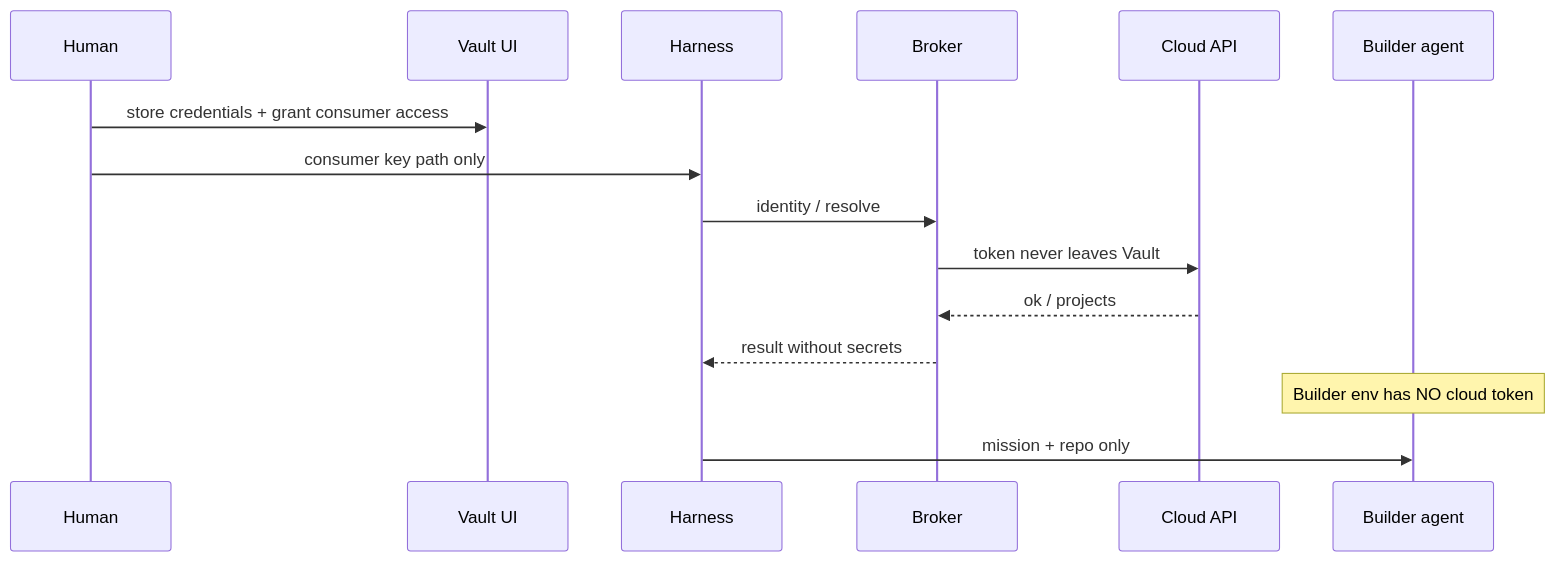
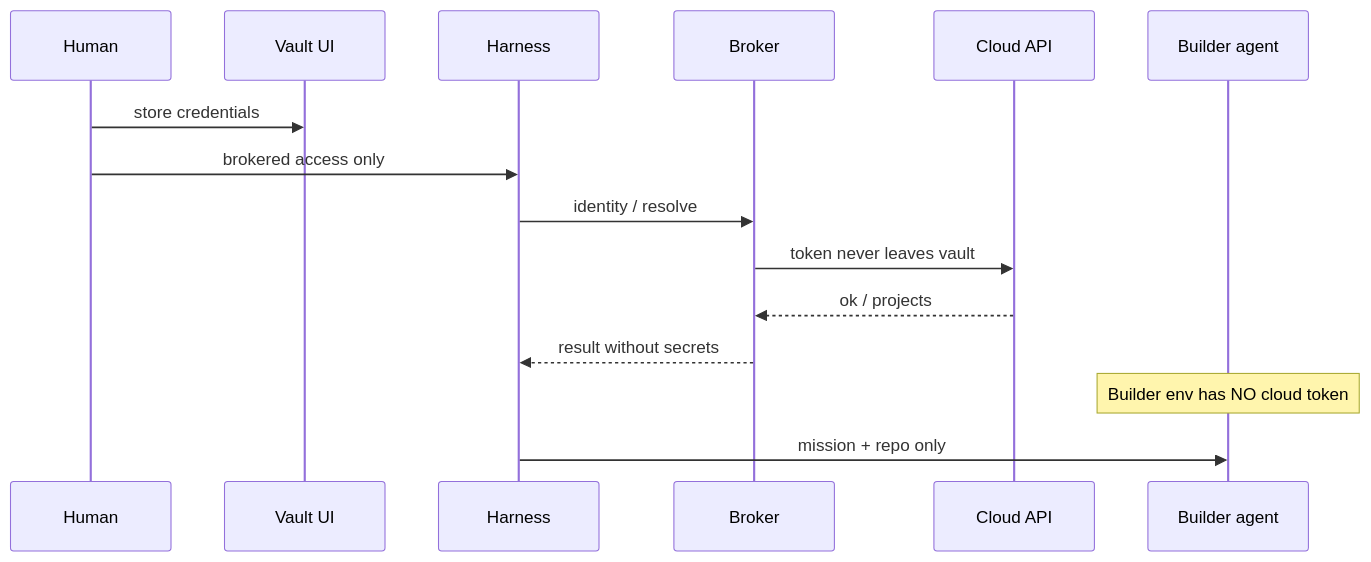
Before and after one commit to southu/vygo: the fifth of 6 diagrams in apps/web/public/content/vibe-coding/ratchet-guide/diagrams.md, drawn with Mermaid. The commit also changed other lines of this file and 42 other files, not shown here.

````diff
--- a/apps/web/public/content/vibe-coding/ratchet-guide/diagrams.md
+++ b/apps/web/public/content/vibe-coding/ratchet-guide/diagrams.md
@@ -109,18 +109,18 @@
 ```mermaid
 sequenceDiagram
   participant Hum as Human
   participant V as Vault UI
   participant H as Harness
   participant B as Broker
   participant C as Cloud API
   participant A as Builder agent
 
-  Hum->>V: store credentials + grant consumer access
-  Hum->>H: consumer key path only
+  Hum->>V: store credentials
+  Hum->>H: brokered access only
   H->>B: identity / resolve
-  B->>C: token never leaves Vault
+  B->>C: token never leaves vault
   C-->>B: ok / projects
   B-->>H: result without secrets
   Note over A: Builder env has NO cloud token
   H->>A: mission + repo only
 ```
````
